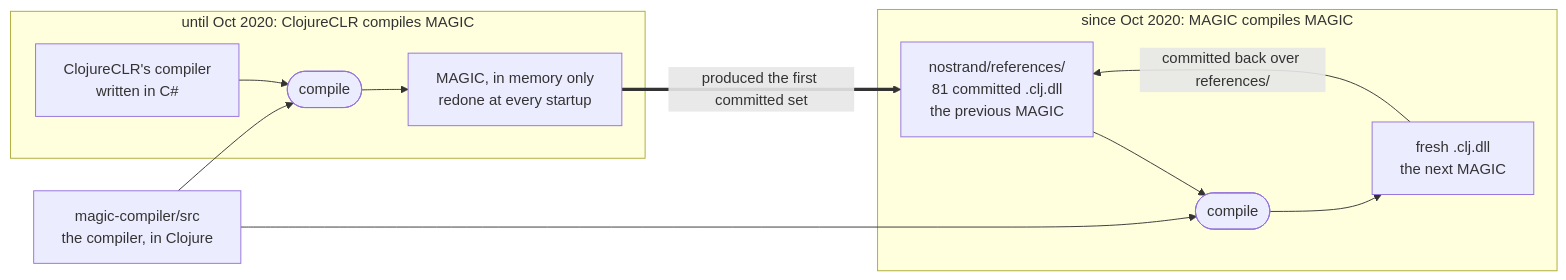
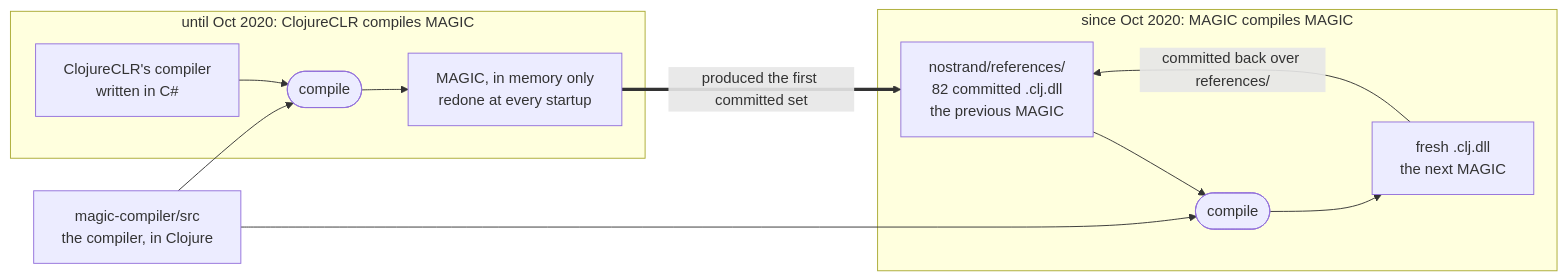
The first of 6 diagrams in docs/bootstrap.md (flybot-sg/magic), drawn with Mermaid before and after one commit. The commit also changed other lines of this file and 33 other files, not shown here.

````diff
--- a/docs/bootstrap.md
+++ b/docs/bootstrap.md
@@ -16,23 +16,23 @@
 ```mermaid
 flowchart LR
     src["magic-compiler/src<br/>the compiler, in Clojure"]
 
     subgraph era1["until Oct 2020: ClojureCLR compiles MAGIC"]
         clr["ClojureCLR's compiler<br/>written in C#35;"]
         c1(["compile"])
         mem["MAGIC, in memory only<br/>redone at every startup"]
         clr --> c1 --> mem
     end
 
     subgraph era2["since Oct 2020: MAGIC compiles MAGIC"]
-        refs["nostrand/references/<br/>81 committed .clj.dll<br/>the previous MAGIC"]
+        refs["nostrand/references/<br/>82 committed .clj.dll<br/>the previous MAGIC"]
         c2(["compile"])
         out["fresh .clj.dll<br/>the next MAGIC"]
         refs --> c2 --> out
         out -->|"committed back over references/"| refs
     end
 
     src --> c1
     src --> c2
     mem ==>|"produced the first committed set"| refs
 ```
````
